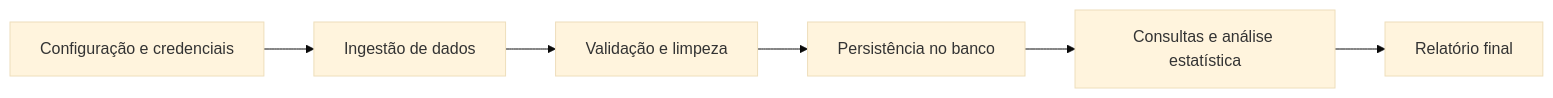
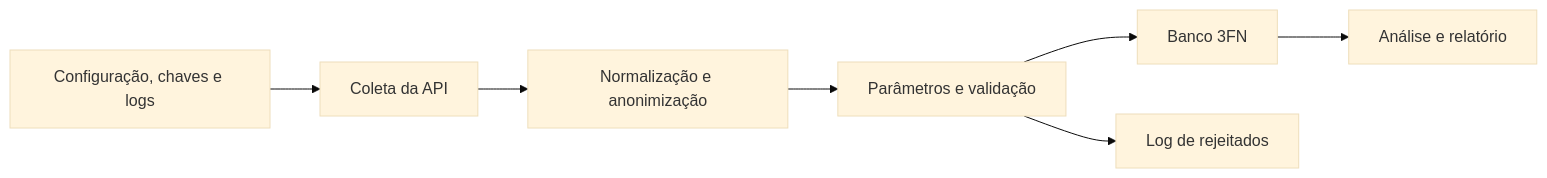
One commit to campagsi/data-science-ia changed the diagram in README.md. Above: the diagram before and after it, drawn with Mermaid (base theme). The commit also changed other lines of this file and 42 other files, not shown here.

First line of the commit message:
persistência idempotente no modelo 3FN e FONTE_DADOS

````diff
--- a/README.md
+++ b/README.md
@@ -13,8 +11,9 @@
 ```mermaid
 flowchart LR
-    A[Configuração e credenciais] --> B[Ingestão de dados]
-    B --> C[Validação e limpeza]
-    C --> D[Persistência no banco]
-    D --> E[Consultas e análise estatística]
-    E --> F[Relatório final]
+    A[Configuração, chaves e logs] --> B[Coleta da API]
+    B --> C[Normalização e anonimização]
+    C --> D[Parâmetros e validação]
+    D --> E[Banco 3FN]
+    D --> L[Log de rejeitados]
+    E --> G[Análise e relatório]
 ```
````
